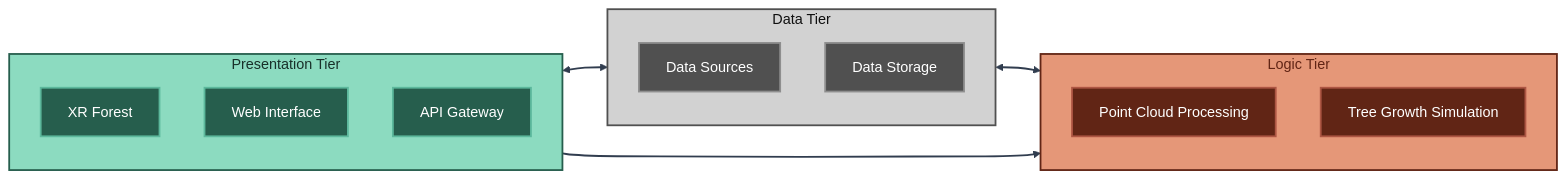
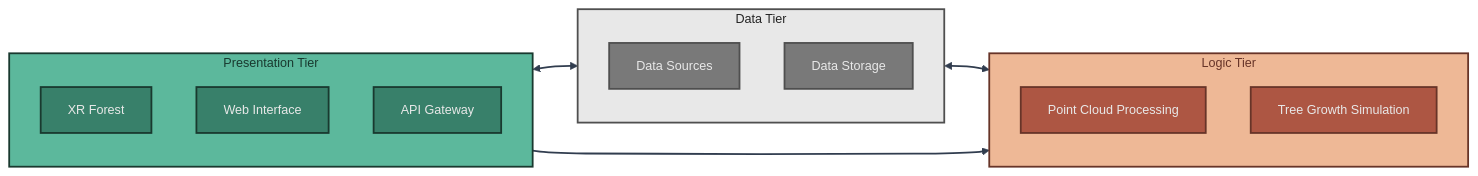
Before and after one commit to XRFutureForests/digital-twin-db: the first of 5 diagrams in docs/architecture/architecture.md, drawn with Mermaid. The commit also changed other lines of this file and 31 other files, not shown here.

````diff
--- a/docs/architecture/architecture.md
+++ b/docs/architecture/architecture.md
@@ -5,56 +5,51 @@
 ```mermaid
 %%{
 init: {
 'theme': 'base',
-'themeVariablend
-
-subgraph SERVICES["Data Services"]
-DS1[Data Ingestion Pipeline Service]
-DS4[Sensor Data Aggregation Service]
-end
+'themeVariables': {
 'fontSize': '14px',
-'secondaryColor': '#d2d2d2'
+'secondaryColor': '#ababab'
 }
 }
 }%%
 flowchart LR
 
 subgraph DATA["Data Tier"]
 D1[Data Sources]
 D2[Data Storage]
 end
 
 subgraph LOGIC["Logic Tier"]
 L1[Point Cloud Processing]
 L2[Tree Growth Simulation]
 end
 
 subgraph PRESENTATION["Presentation Tier"]
 P2[XR Forest]
 P3[Web Interface]
 P1[API Gateway]
 end
 
 DATA <--> LOGIC
 PRESENTATION --> LOGIC
 PRESENTATION <--> DATA
 
 %% Subgraph styling - light colors
-classDef dataTier fill:#d2d2d2,stroke:#505050,stroke-width:2px,color:#0f0f0f
-classDef logicTier fill:#e59778,stroke:#612515,stroke-width:2px,color:#612515
-classDef presentationTier fill:#8cdbc0,stroke:#265e4d,stroke-width:2px,color:#183029
+classDef dataTier fill:#e8e8e8,stroke:#4f4f4f,stroke-width:2px,color:#242424
+classDef logicTier fill:#eeb896,stroke:#673428,stroke-width:2px,color:#673428
+classDef presentationTier fill:#5CB89C,stroke:#19392f,stroke-width:2px,color:#19392f
 
 %% Node styling - darkest colors
-classDef dataNode fill:#505050,stroke:#8e8e8e,stroke-width:2px,color:#ffffff
-classDef logicNode fill:#612515,stroke:#ad5643,stroke-width:2px,color:#ffffff
-classDef presentationNode fill:#265e4d,stroke:#5cb89c,stroke-width:2px,color:#ffffff
+classDef dataNode fill:#797979,stroke:#4f4f4f,stroke-width:2px,color:#e8e8e8
+classDef logicNode fill:#AD5643,stroke:#673428,stroke-width:2px,color:#e8e8e8
+classDef presentationNode fill:#38806a,stroke:#19392f,stroke-width:2px,color:#e8e8e8
 
 class DATA dataTier
 class D1,D2 dataNode
 class LOGIC logicTier
 class L1,L2 logicNode
 class PRESENTATION presentationTier
 class P1,P2,P3 presentationNode
 
-linkStyle 0,1,2 stroke:#313d4f,stroke-width:2px
+linkStyle 0,1,2 stroke:#313D4F,stroke-width:2px
 ```
````
